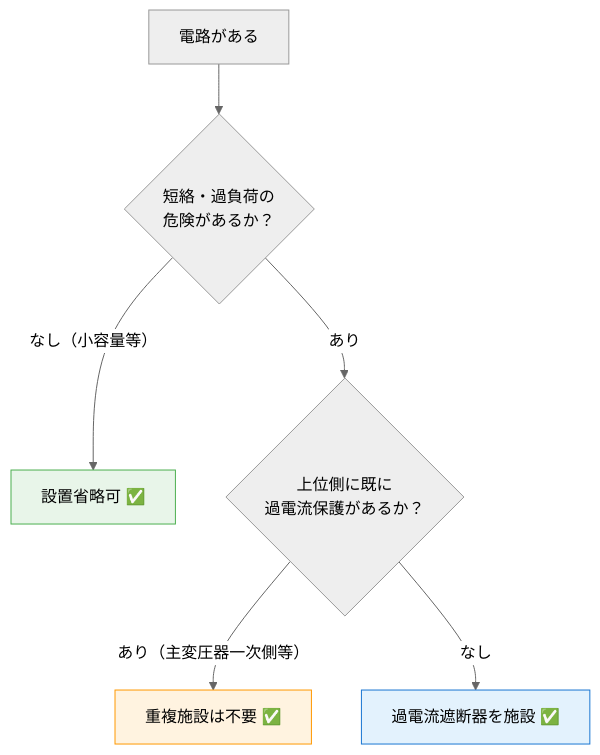
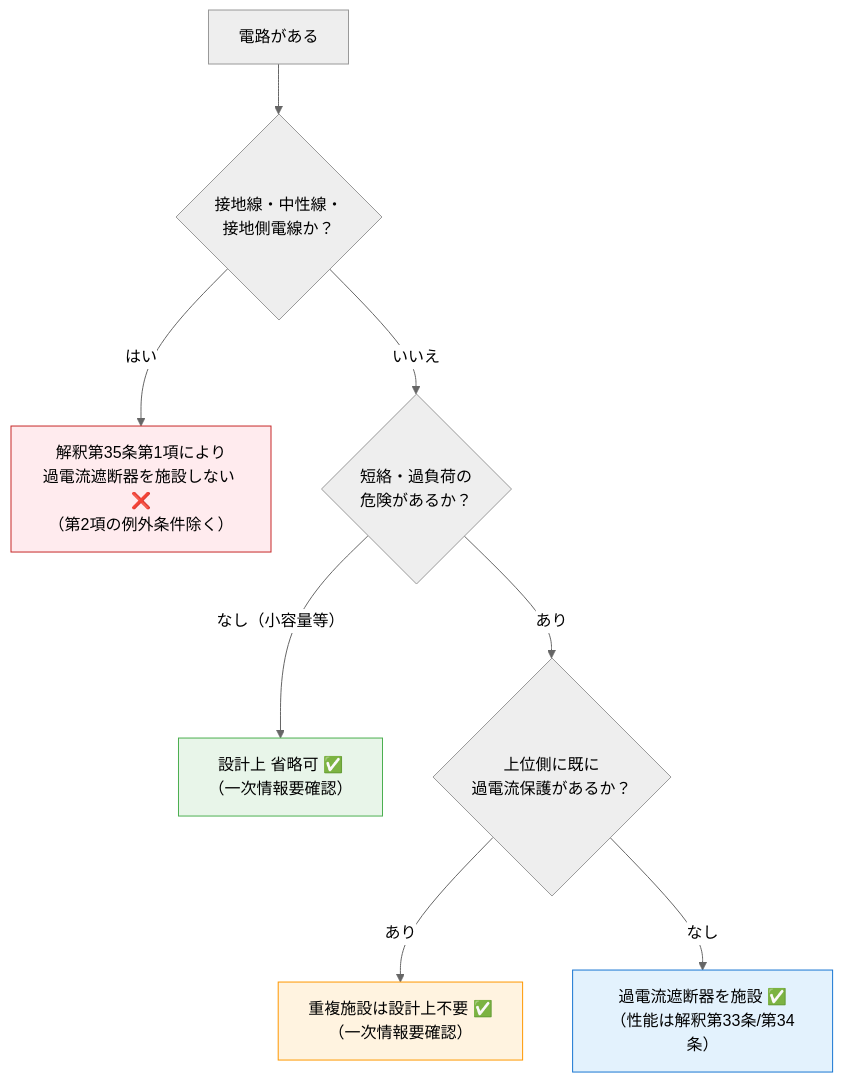
The diagram in docs/articles/kijun/14.md (kfurufuru/denken-wiki), drawn with Mermaid (neutral theme) before and after one commit. The commit also changed other lines of this file, not shown here.

````diff
--- a/docs/articles/kijun/14.md
+++ b/docs/articles/kijun/14.md
@@ -251,12 +267,15 @@
 ```mermaid
 flowchart TD
-    START["電路がある"] --> Q1{"短絡・過負荷の<br/>危険があるか？"}
-    Q1 -->|"なし（小容量等）"| EX["設置省略可 ✅"]
+    START["電路がある"] --> Q0{"接地線・中性線・<br/>接地側電線か？"}
+    Q0 -->|"はい"| LAW["解釈第35条第1項により<br/>過電流遮断器を施設しない ❌<br/>（第2項の例外条件除く）"]
+    Q0 -->|"いいえ"| Q1{"短絡・過負荷の<br/>危険があるか？"}
+    Q1 -->|"なし（小容量等）"| EX["設計上 省略可 ✅<br/>（一次情報要確認）"]
     Q1 -->|"あり"| Q2{"上位側に既に<br/>過電流保護があるか？"}
-    Q2 -->|"あり（主変圧器一次側等）"| EX2["重複施設は不要 ✅"]
-    Q2 -->|"なし"| MUST["過電流遮断器を施設 ✅"]
+    Q2 -->|"あり"| EX2["重複施設は設計上不要 ✅<br/>（一次情報要確認）"]
+    Q2 -->|"なし"| MUST["過電流遮断器を施設 ✅<br/>（性能は解釈第33条/第34条）"]
 
+    style LAW fill:#ffebee,stroke:#c62828
     style EX fill:#e8f5e9,stroke:#4caf50
     style EX2 fill:#fff3e0,stroke:#ff9800
     style MUST fill:#e3f2fd,stroke:#1976d2
 ```
````
